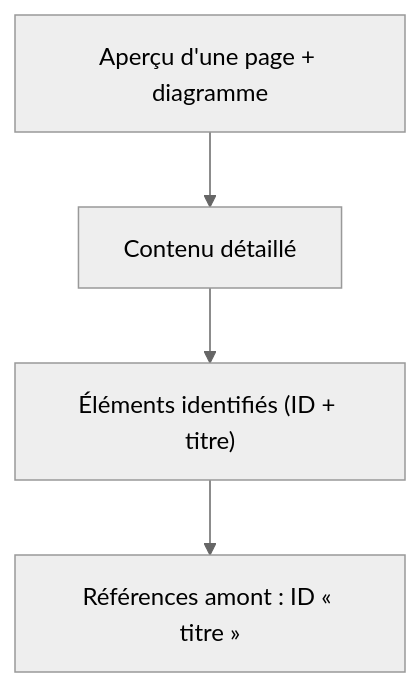
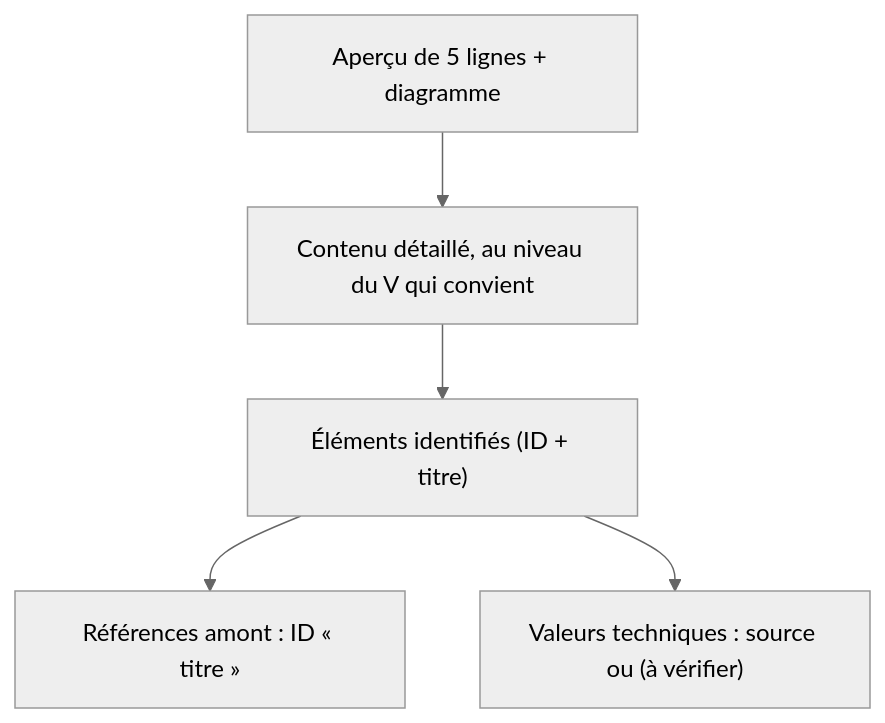
Before and after one commit to thourymatthieu-png/coworker_archi_system: the first of 2 diagrams in framework/regles-documentaires.md, drawn with Mermaid (neutral theme). The commit also changed other lines of this file and 69 other files, not shown here.

````diff
--- a/framework/regles-documentaires.md
+++ b/framework/regles-documentaires.md
@@ -7,6 +7,7 @@
 ```mermaid
 flowchart TD
-    A["Aperçu d'une page + diagramme"] --> B["Contenu détaillé"]
+    A["Aperçu de 5 lignes + diagramme"] --> B["Contenu détaillé, au niveau du V qui convient"]
     B --> C["Éléments identifiés (ID + titre)"]
     C --> D["Références amont : ID « titre »"]
+    C --> E["Valeurs techniques : source ou (à vérifier)"]
 ```
````
